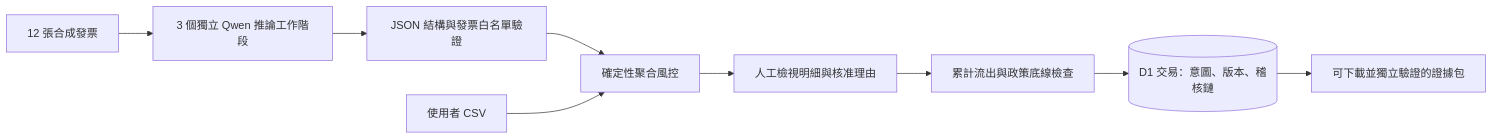
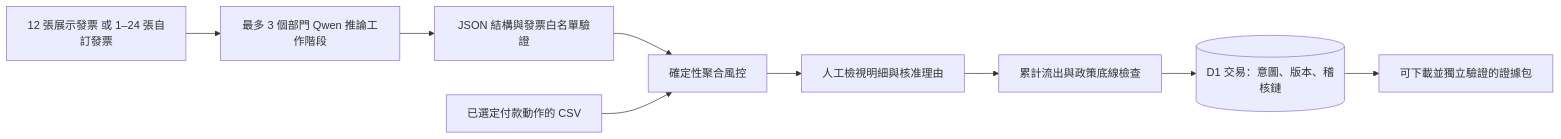
One commit to nrps9909/herdbrake changed the diagram in docs/TECHNICAL.md. Above: the diagram before and after it, drawn with Mermaid. The commit also changed other lines of this file and 28 other files, not shown here.

````diff
--- a/docs/TECHNICAL.md
+++ b/docs/TECHNICAL.md
@@ -9,11 +9,11 @@
 ```mermaid
 flowchart LR
-  I[12 張合成發票] --> A[3 個獨立 Qwen 推論工作階段]
+  I[12 張展示發票 或 1–24 張自訂發票] --> A[最多 3 個部門 Qwen 推論工作階段]
   A --> V[JSON 結構與發票白名單驗證]
   V --> R[確定性聚合風控]
-  CSV[使用者 CSV] --> R
+  CSV[已選定付款動作的 CSV] --> R
   R --> H[人工檢視明細與核准理由]
   H --> G[累計流出與政策底線檢查]
   G --> D[(D1 交易：意圖、版本、稽核鏈)]
   D --> E[可下載並獨立驗證的證據包]
 ```
````
